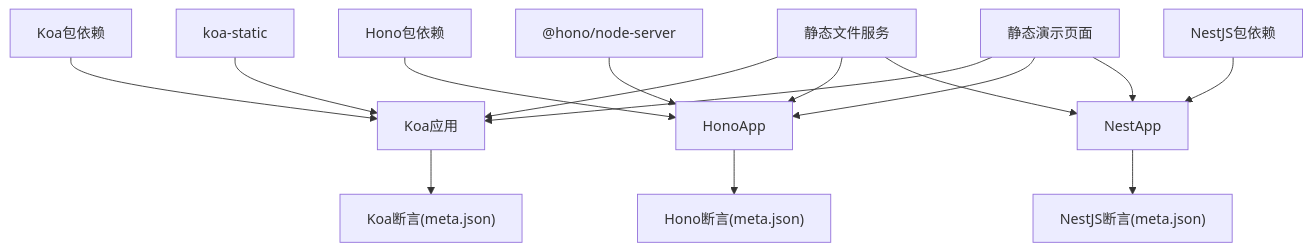
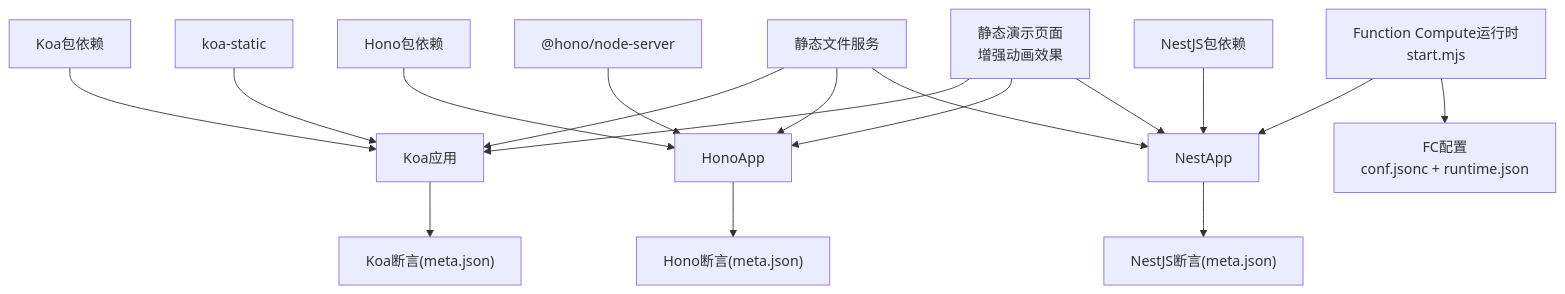
Before and after one commit to esa-sp/test-for-aone-ci: the eighth of 8 diagrams in .qoder/repowiki/zh/content/后端框架测试/Koa、Hono、NestJS框架测试.md, drawn with Mermaid. The commit also changed other lines of this file and 51 other files, not shown here.

````diff
--- a/.qoder/repowiki/zh/content/后端框架测试/Koa、Hono、NestJS框架测试.md
+++ b/.qoder/repowiki/zh/content/后端框架测试/Koa、Hono、NestJS框架测试.md
@@ -450,17 +573,19 @@
 ```mermaid
 graph TB
 KoaPkg["Koa包依赖"] --> KoaApp["Koa应用"]
 KoaStatic["koa-static"] --> KoaApp
 HonoPkg["Hono包依赖"] --> HonoApp
 HonoNodeServer["@hono/node-server"] --> HonoApp
 NestPkg["NestJS包依赖"] --> NestApp
+FCRuntime["Function Compute运行时<br/>start.mjs"] --> NestApp
 StaticFiles["静态文件服务"] --> KoaApp
 StaticFiles --> HonoApp
 StaticFiles --> NestApp
-DemoPages["静态演示页面"] --> KoaApp
+DemoPages["静态演示页面<br/>增强动画效果"] --> KoaApp
 DemoPages --> HonoApp
 DemoPages --> NestApp
 KoaApp --> KoaMeta["Koa断言(meta.json)"]
 HonoApp --> HonoMeta["Hono断言(meta.json)"]
 NestApp --> NestMeta["NestJS断言(meta.json)"]
+FCRuntime --> FCCfg["FC配置<br/>conf.jsonc + runtime.json"]
 ```
````
